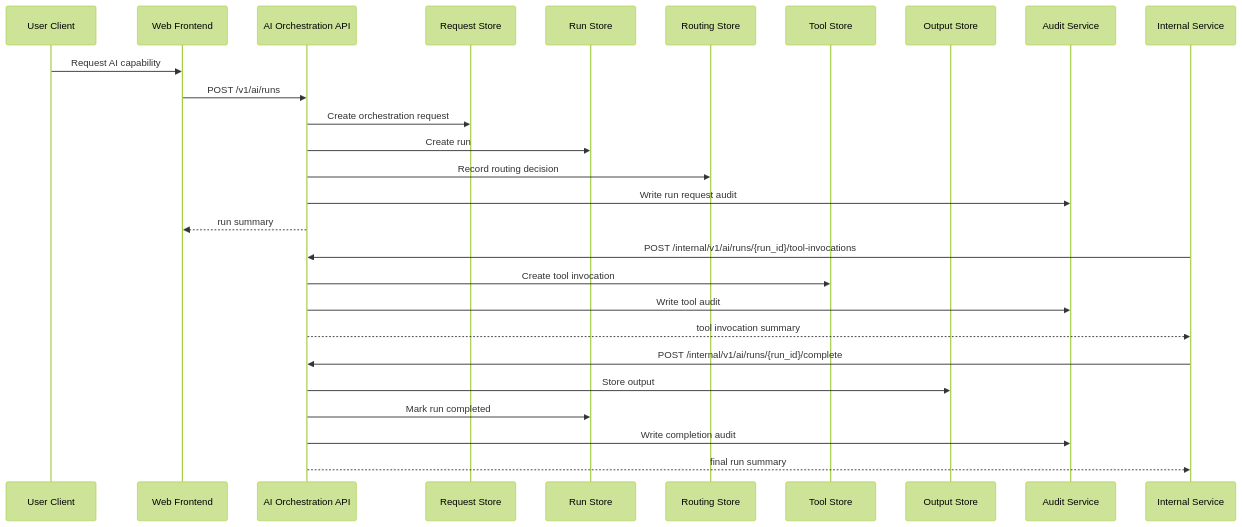
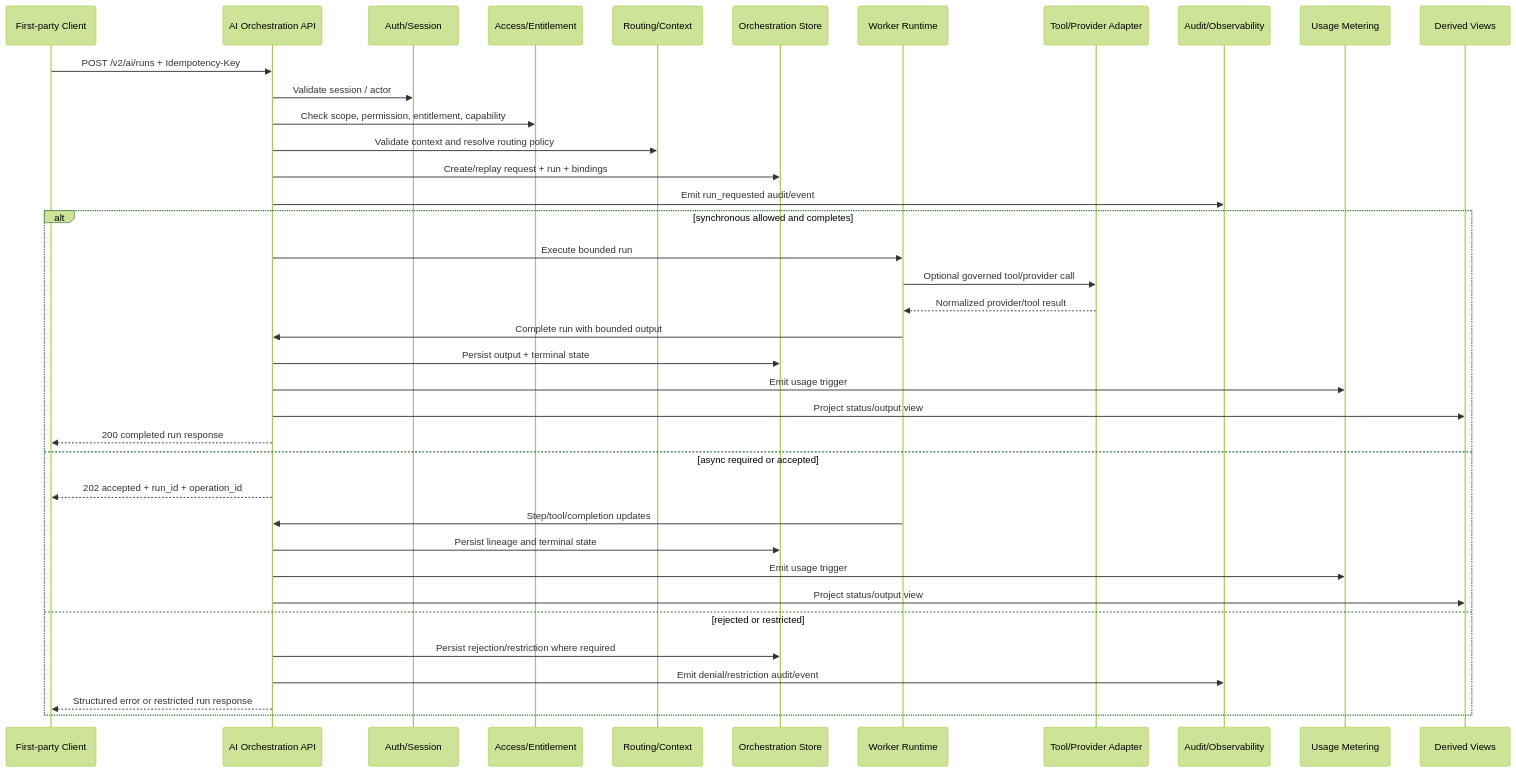
The third of 3 diagrams in AI_ORCHESTRATION_API_SPEC.md (fuze-ac/api-specs), drawn with Mermaid (forest theme) before and after one commit. The commit also changed other lines of this file and 50 other files, not shown here.

````diff
--- a/AI_ORCHESTRATION_API_SPEC.md
+++ b/AI_ORCHESTRATION_API_SPEC.md
@@ -1236,32 +628,41 @@
 ```mermaid
 sequenceDiagram
-    participant U as User Client
-    participant W as Web Frontend
+    participant C as First-party Client
     participant API as AI Orchestration API
-    participant REQ as Request Store
-    participant RUN as Run Store
-    participant RTE as Routing Store
-    participant TOOL as Tool Store
-    participant OUT as Output Store
-    participant AUD as Audit Service
+    participant Auth as Auth/Session
+    participant Access as Access/Entitlement
+    participant RC as Routing/Context
+    participant Store as Orchestration Store
+    participant Worker as Worker Runtime
+    participant Tool as Tool/Provider Adapter
+    participant Audit as Audit/Observability
+    participant Meter as Usage Metering
+    participant View as Derived Views
 
-    U->>W: Request AI capability
-    W->>API: POST /v1/ai/runs
-    API->>REQ: Create orchestration request
-    API->>RUN: Create run
-    API->>RTE: Record routing decision
-    API->>AUD: Write run request audit
-    API-->>W: run summary
-
-    participant S as Internal Service
-    S->>API: POST /internal/v1/ai/runs/{run_id}/tool-invocations
-    API->>TOOL: Create tool invocation
-    API->>AUD: Write tool audit
-    API-->>S: tool invocation summary
-
-    S->>API: POST /internal/v1/ai/runs/{run_id}/complete
-    API->>OUT: Store output
-    API->>RUN: Mark run completed
-    API->>AUD: Write completion audit
-    API-->>S: final run summary
+    C->>API: POST /v2/ai/runs + Idempotency-Key
+    API->>Auth: Validate session / actor
+    API->>Access: Check scope, permission, entitlement, capability
+    API->>RC: Validate context and resolve routing policy
+    API->>Store: Create/replay request + run + bindings
+    API->>Audit: Emit run_requested audit/event
+    alt synchronous allowed and completes
+        API->>Worker: Execute bounded run
+        Worker->>Tool: Optional governed tool/provider call
+        Tool-->>Worker: Normalized provider/tool result
+        Worker->>API: Complete run with bounded output
+        API->>Store: Persist output + terminal state
+        API->>Meter: Emit usage trigger
+        API->>View: Project status/output view
+        API-->>C: 200 completed run response
+    else async required or accepted
+        API-->>C: 202 accepted + run_id + operation_id
+        Worker->>API: Step/tool/completion updates
+        API->>Store: Persist lineage and terminal state
+        API->>Meter: Emit usage trigger
+        API->>View: Project status/output view
+    else rejected or restricted
+        API->>Store: Persist rejection/restriction where required
+        API->>Audit: Emit denial/restriction audit/event
+        API-->>C: Structured error or restricted run response
+    end
 ```
````
